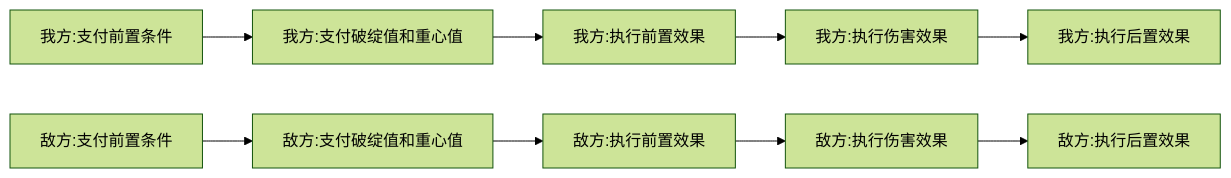
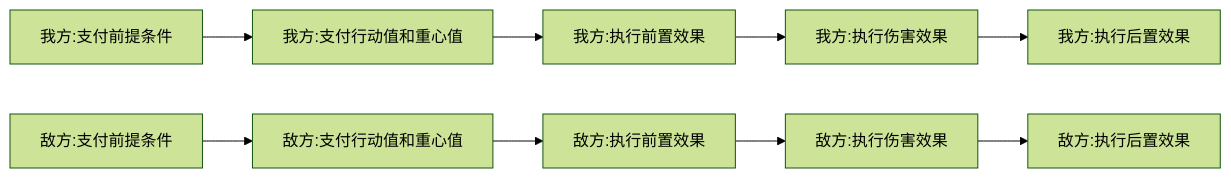
Before and after one commit to jrcjrcc/Codex: the third of 7 diagrams in README.md, drawn with Mermaid (forest theme). The commit also changed other lines of this file and 34 other files, not shown here.

````diff
--- a/README.md
+++ b/README.md
@@ -185,6 +165,6 @@
 ```mermaid
 graph LR
-	我方:支付前置条件-->我方:支付破绽值和重心值-->我方:执行前置效果-->我方:执行伤害效果-->我方:执行后置效果;
-	敌方:支付前置条件-->敌方:支付破绽值和重心值-->敌方:执行前置效果-->敌方:执行伤害效果-->敌方:执行后置效果;
+	我方:支付前提条件-->我方:支付行动值和重心值-->我方:执行前置效果-->我方:执行伤害效果-->我方:执行后置效果;
+	敌方:支付前提条件-->敌方:支付行动值和重心值-->敌方:执行前置效果-->敌方:执行伤害效果-->敌方:执行后置效果;
 	
 ```
````
